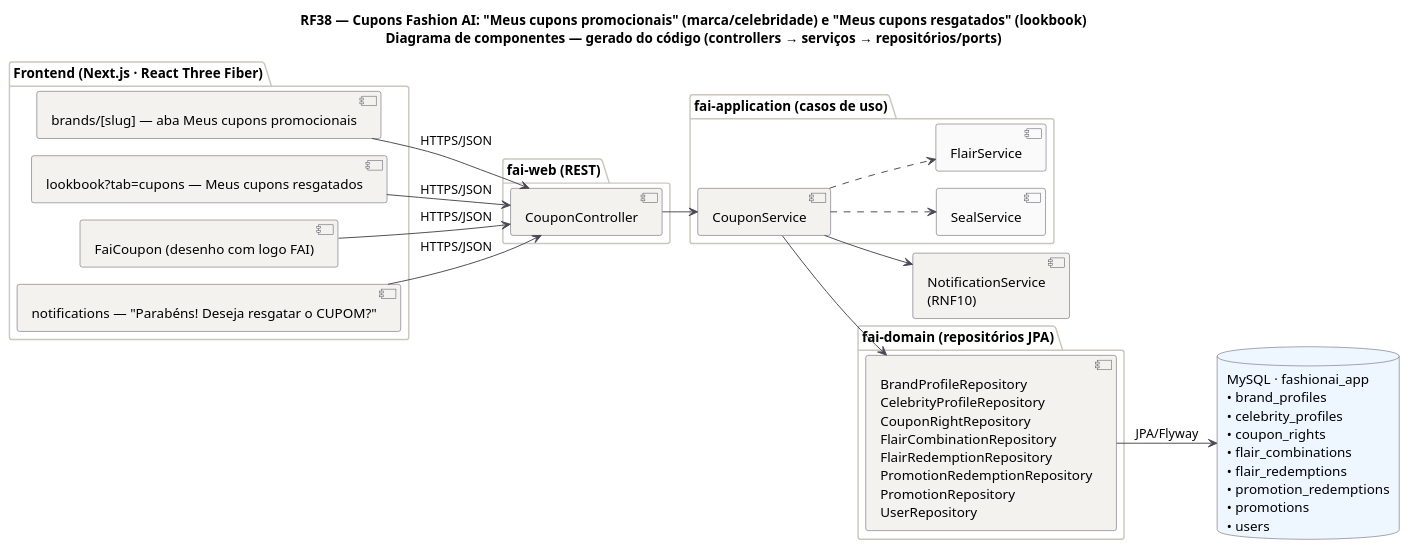
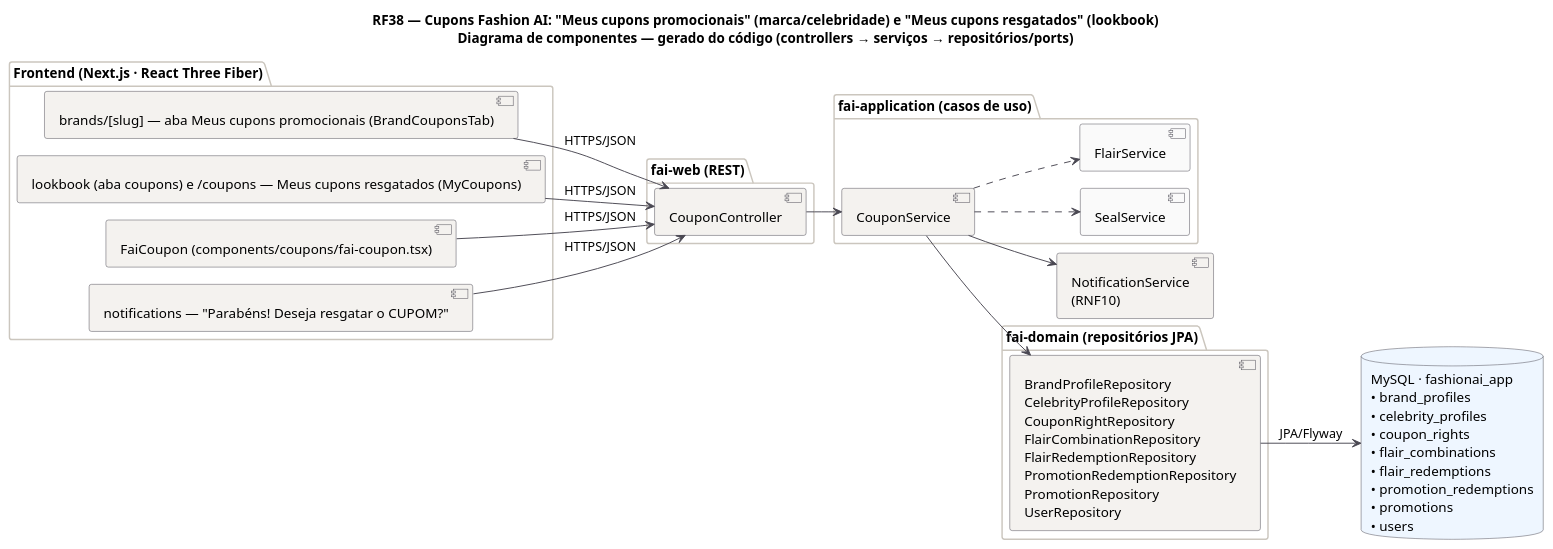
The diagram in docs/diagramas/RF38/RF38-componentes.puml (MatheusHaliski/tcc-2026-fashion-ai-backend), drawn with PlantUML before and after one commit. The commit also changed 14 other files, not shown here.

First line of the commit message:
docs(rf38,rf39): diagramas revisados contra o Trello e o código atual

```diff
--- a/docs/diagramas/RF38/RF38-componentes.puml
+++ b/docs/diagramas/RF38/RF38-componentes.puml
@@ -1,49 +1,49 @@
 @startuml RF38_Componentes
 title RF38 — Cupons Fashion AI: "Meus cupons promocionais" (marca/celebridade) e "Meus cupons resgatados" (lookbook)\nDiagrama de componentes — gerado do código (controllers → serviços → repositórios/ports)
 !pragma layout smetana
 skinparam backgroundColor #FFFFFF
 skinparam component {
   BackgroundColor #F4F2EF
   BorderColor #4A4852
   ArrowColor #4A4852
 }
 skinparam package {
   BorderColor #CBC6BE
 }
 skinparam database {
   BackgroundColor #EEF6FF
   BorderColor #4A4852
 }
 left to right direction
 
 package "Frontend (Next.js · React Three Fiber)" {
-  component "brands/[slug] — aba Meus cupons promocionais" as FE0
-  component "lookbook?tab=cupons — Meus cupons resgatados" as FE1
-  component "FaiCoupon (desenho com logo FAI)" as FE2
+  component "brands/[slug] — aba Meus cupons promocionais (BrandCouponsTab)" as FE0
+  component "lookbook (aba coupons) e /coupons — Meus cupons resgatados (MyCoupons)" as FE1
+  component "FaiCoupon (components/coupons/fai-coupon.tsx)" as FE2
   component "notifications — "Parabéns! Deseja resgatar o CUPOM?"" as FE3
 }
 package "fai-web (REST)" {
   [CouponController] as CouponController
 }
 package "fai-application (casos de uso)" {
   [CouponService] as CouponService
   [SealService] as SealService #FAFAFA
   [FlairService] as FlairService #FAFAFA
 }
 package "fai-domain (repositórios JPA)" {
   [BrandProfileRepository\nCelebrityProfileRepository\nCouponRightRepository\nFlairCombinationRepository\nFlairRedemptionRepository\nPromotionRedemptionRepository\nPromotionRepository\nUserRepository] as REPOS
 }
 database "MySQL · fashionai_app\n• brand_profiles\n• celebrity_profiles\n• coupon_rights\n• flair_combinations\n• flair_redemptions\n• promotion_redemptions\n• promotions\n• users" as DB
 [NotificationService\n(RNF10)] as P_notif
 
 FE0 --> CouponController : HTTPS/JSON
 FE1 --> CouponController : HTTPS/JSON
 FE2 --> CouponController : HTTPS/JSON
 FE3 --> CouponController : HTTPS/JSON
 CouponController --> CouponService
 CouponService ..> SealService
 CouponService ..> FlairService
 CouponService --> REPOS
 CouponService --> P_notif
 REPOS --> DB : JPA/Flyway
 @enduml
```
